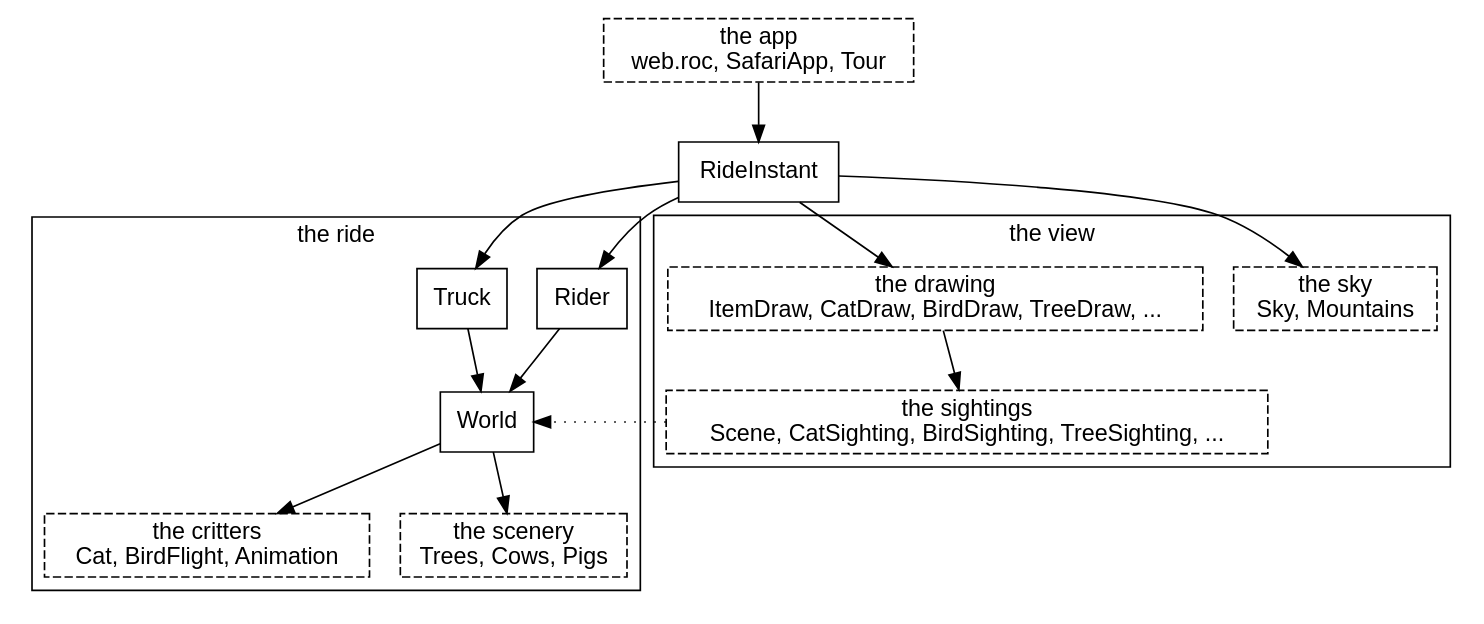
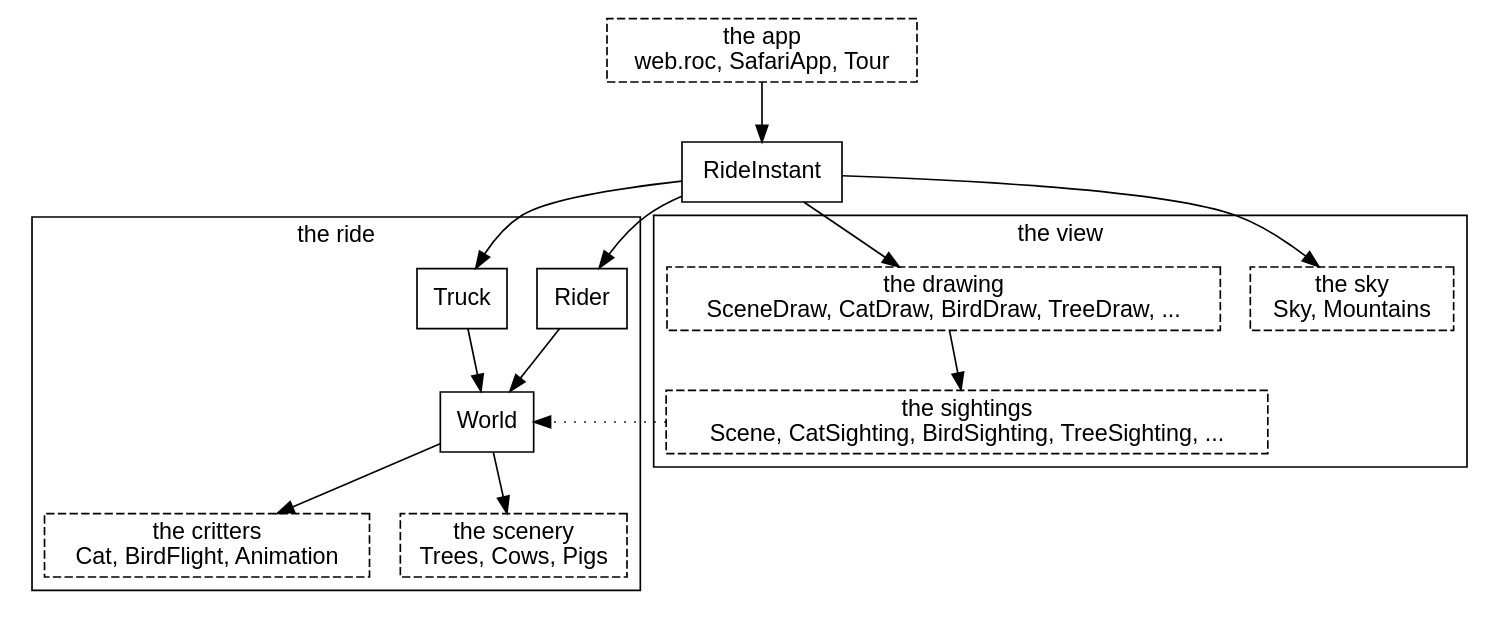
One commit to showell/roc-apps changed the second of 29 diagrams in canvas_apps/safari/tutorial/tutorial.md. Above: the diagram before and after it, drawn with Graphviz.

Commit message:
tutorial: the system diagram names SceneDraw

````diff
--- a/canvas_apps/safari/tutorial/tutorial.md
+++ b/canvas_apps/safari/tutorial/tutorial.md
@@ -89,30 +89,30 @@
 ```dot
 digraph system {
   node [shape=box, fontname="Helvetica"];
   fontname="Helvetica";
   app [label="the app\nweb.roc, SafariApp, Tour", style=dashed];
   subgraph cluster_ride {
     label="the ride";
     Rider; Truck; World;
     critters [label="the critters\nCat, BirdFlight, Animation", style=dashed];
     scenery [label="the scenery\nTrees, Cows, Pigs", style=dashed];
   }
   subgraph cluster_view {
     label="the view";
     sky [label="the sky\nSky, Mountains", style=dashed];
-    drawing [label="the drawing\nItemDraw, CatDraw, BirdDraw, TreeDraw, ...", style=dashed];
+    drawing [label="the drawing\nSceneDraw, CatDraw, BirdDraw, TreeDraw, ...", style=dashed];
     sightings [label="the sightings\nScene, CatSighting, BirdSighting, TreeSighting, ...", style=dashed];
   }
   app -> RideInstant;
   RideInstant -> Rider;
   RideInstant -> Truck;
   Rider -> World;
   Truck -> World;
   World -> critters;
   World -> scenery;
   RideInstant -> sky;
   RideInstant -> drawing;
   drawing -> sightings;
   sightings -> World [style=dotted, constraint=false];
 }
 ```
````
